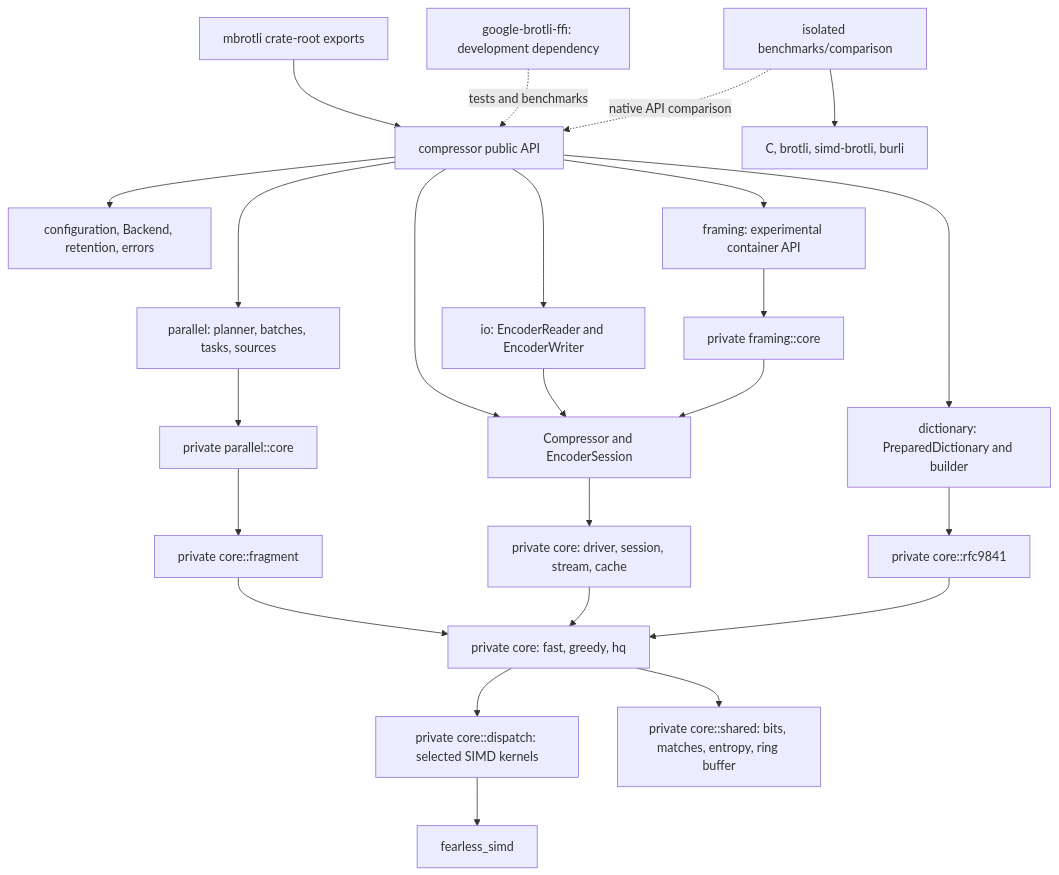
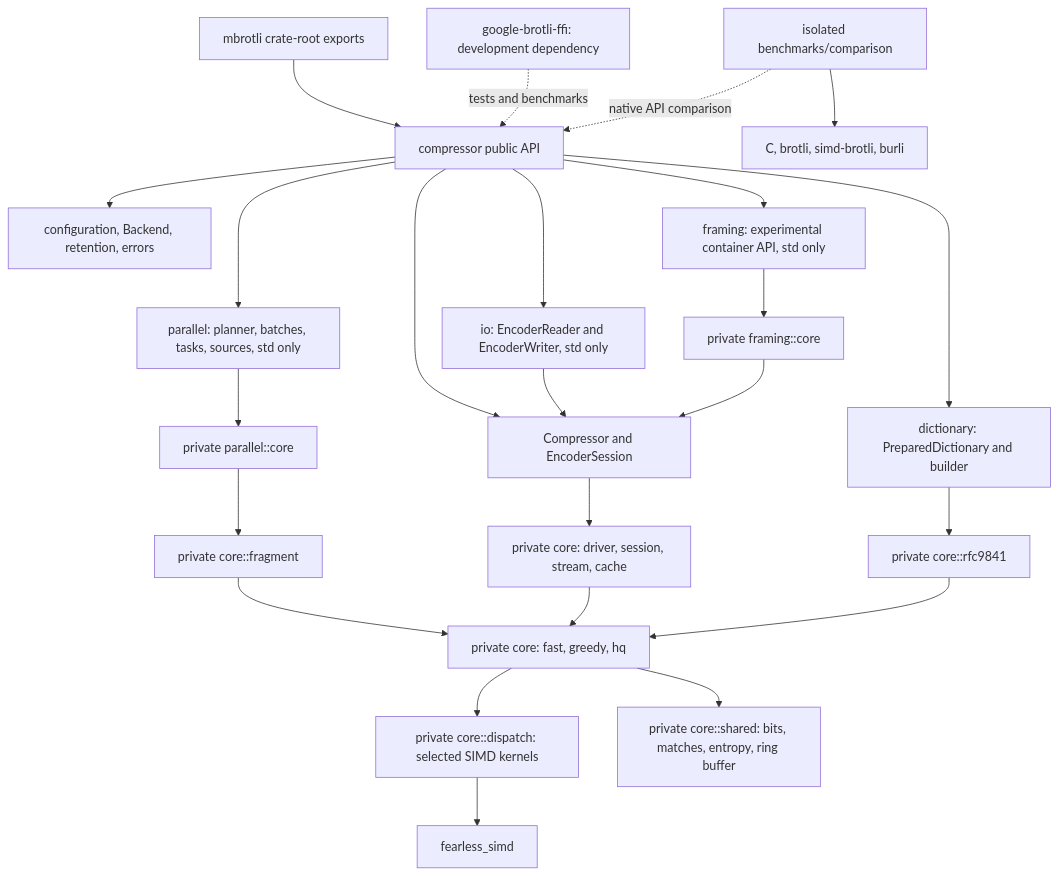
The diagram in architecture/README.md (Mnwa/mbrotli), drawn with Mermaid before and after one commit. The commit also changed other lines of this file and 93 other files, not shown here.

````diff
--- a/architecture/README.md
+++ b/architecture/README.md
@@ -29,26 +30,26 @@
 ```mermaid
 graph TD
     Root[mbrotli crate-root exports] --> API[compressor public API]
     API --> Config[configuration, Backend, retention, errors]
     API --> Serial[Compressor and EncoderSession]
-    API --> IO[io: EncoderReader and EncoderWriter]
+    API --> IO[io: EncoderReader and EncoderWriter, std only]
     API --> Dictionary[dictionary: PreparedDictionary and builder]
-    API --> Parallel[parallel: planner, batches, tasks, sources]
-    API --> Framing[framing: experimental container API]
+    API --> Parallel[parallel: planner, batches, tasks, sources, std only]
+    API --> Framing[framing: experimental container API, std only]
     IO --> Serial
     Serial --> Stream[private core: driver, session, stream, cache]
     Dictionary --> RFC[private core::rfc9841]
     Framing --> FrameCore[private framing::core]
     FrameCore --> Serial
     Parallel --> ParallelCore[private parallel::core]
     ParallelCore --> Fragment[private core::fragment]
     Fragment --> Encoders[private core: fast, greedy, hq]
     Stream --> Encoders
     RFC --> Encoders
     Encoders --> Kernels[private core::dispatch: selected SIMD kernels]
     Encoders --> Shared[private core::shared: bits, matches, entropy, ring buffer]
     Kernels --> SIMD[fearless_simd]
     C[google-brotli-ffi: development dependency] -. tests and benchmarks .-> API
     Comparison[isolated benchmarks/comparison] -. native API comparison .-> API
     Comparison --> Competitors[C, brotli, simd-brotli, burli]
 ```
````
